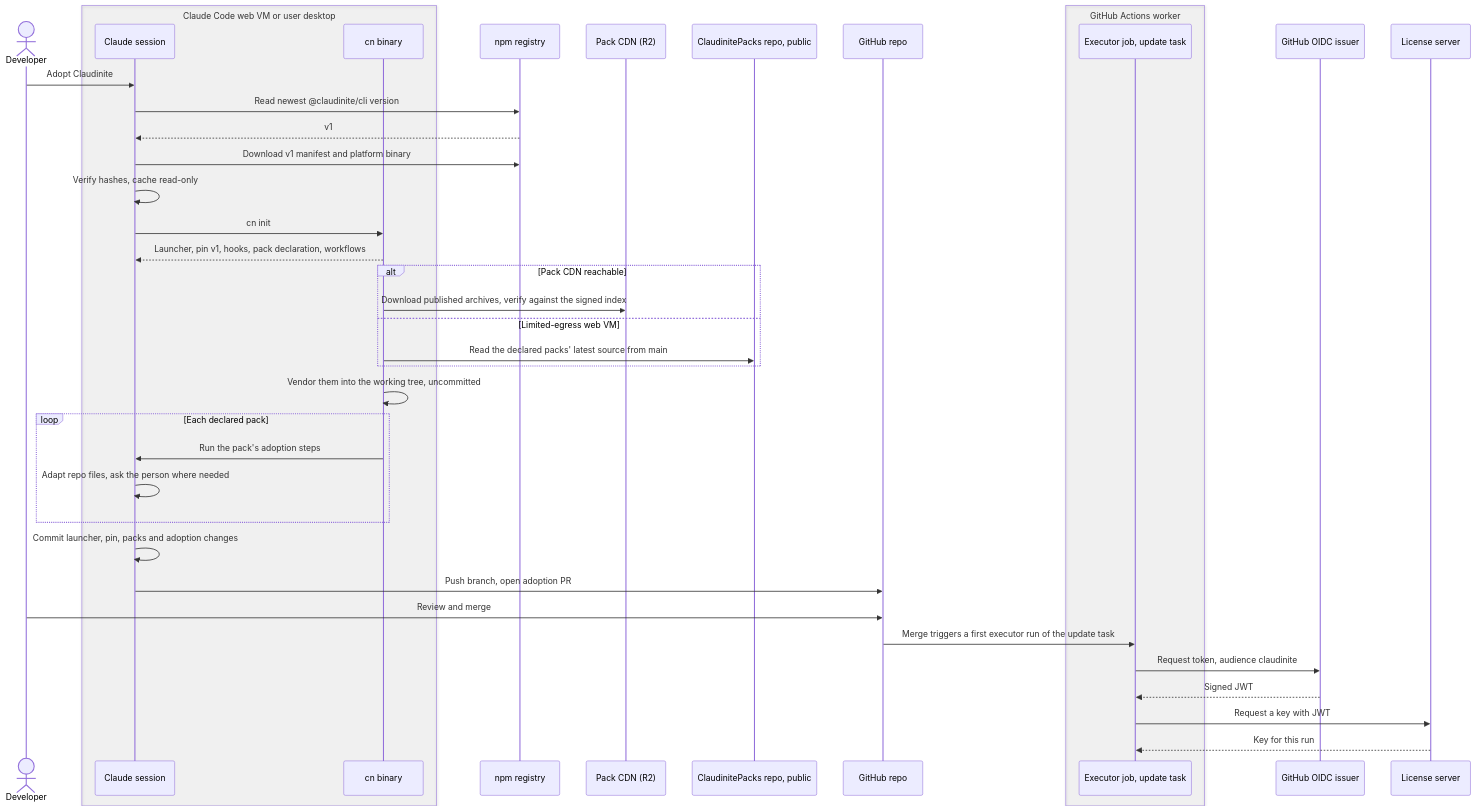
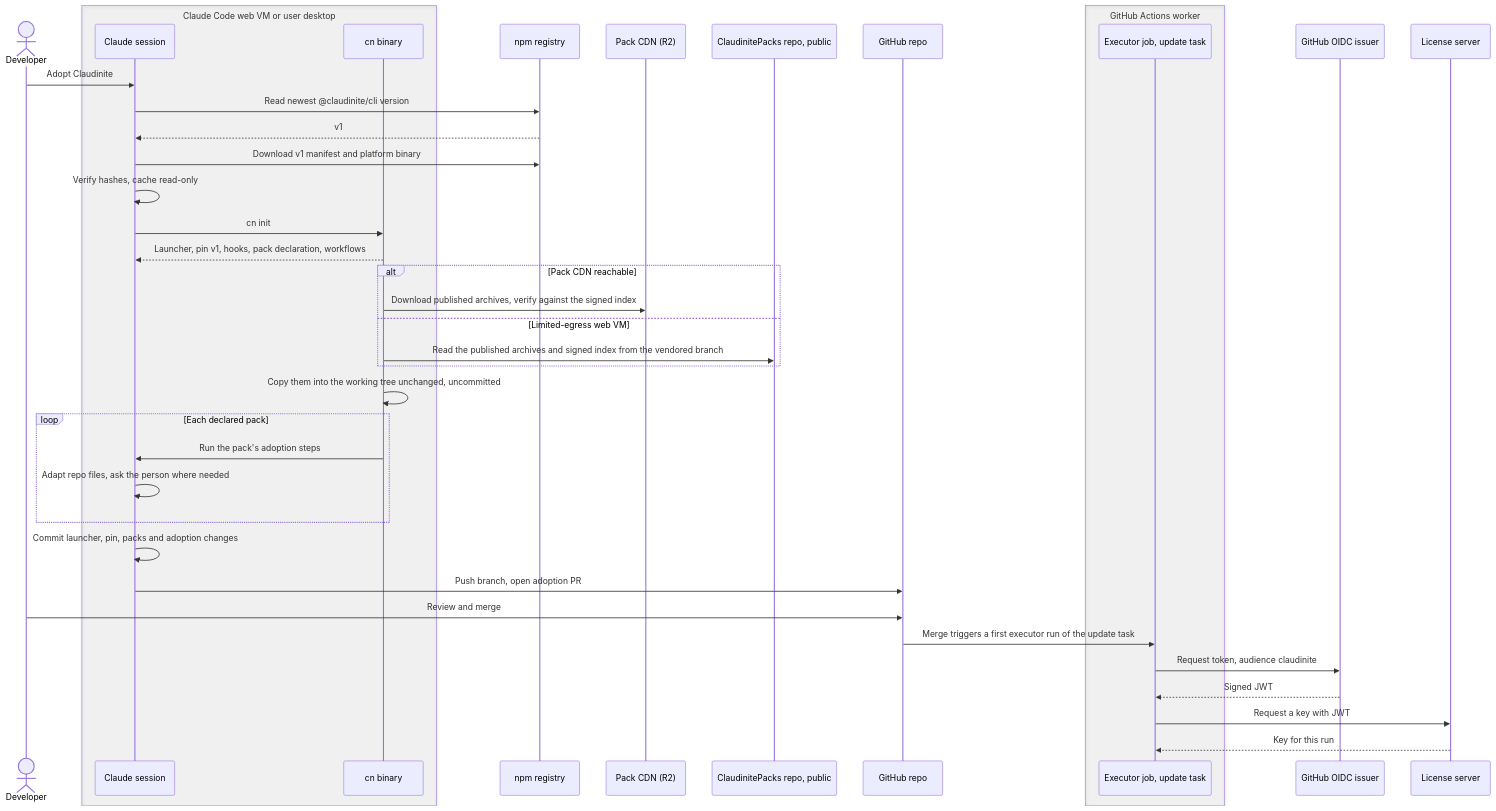
One commit to missingbulb/ClaudiniteEngine changed the second of 8 diagrams in docs/design.md. Above: the diagram before and after it, drawn with Mermaid. The commit also changed other lines of this file and 664 other files, not shown here.

````diff
--- a/docs/design.md
+++ b/docs/design.md
@@ -267,42 +269,42 @@
 ```mermaid
 sequenceDiagram
   actor Dev as Developer
   box rgba(128,128,128,0.08) Claude Code web VM or user desktop
     participant S as Claude session
     participant B as cn binary
   end
   participant NPM as npm registry
   participant R2 as Pack CDN (R2)
   participant GHR as ClaudinitePacks repo, public
   participant GH as GitHub repo
   box rgba(128,128,128,0.08) GitHub Actions worker
     participant U as Executor job, update task
   end
   participant OIDC as GitHub OIDC issuer
   participant LIC as License server
   Dev->>S: Adopt Claudinite
   S->>NPM: Read newest @claudinite/cli version
   NPM-->>S: v1
   S->>NPM: Download v1 manifest and platform binary
   S->>S: Verify hashes, cache read-only
   S->>B: cn init
   B-->>S: Launcher, pin v1, hooks, pack declaration, workflows
   alt Pack CDN reachable
     B->>R2: Download published archives, verify against the signed index
   else Limited-egress web VM
-    B->>GHR: Read the declared packs' latest source from main
+    B->>GHR: Read the published archives and signed index from the vendored branch
   end
-  B->>B: Vendor them into the working tree, uncommitted
+  B->>B: Copy them into the working tree unchanged, uncommitted
   loop Each declared pack
     B->>S: Run the pack's adoption steps
     S->>S: Adapt repo files, ask the person where needed
   end
   S->>S: Commit launcher, pin, packs and adoption changes
   S->>GH: Push branch, open adoption PR
   Dev->>GH: Review and merge
   GH->>U: Merge triggers a first executor run of the update task
   U->>OIDC: Request token, audience claudinite
   OIDC-->>U: Signed JWT
   U->>LIC: Request a key with JWT
   LIC-->>U: Key for this run
 ```
````
